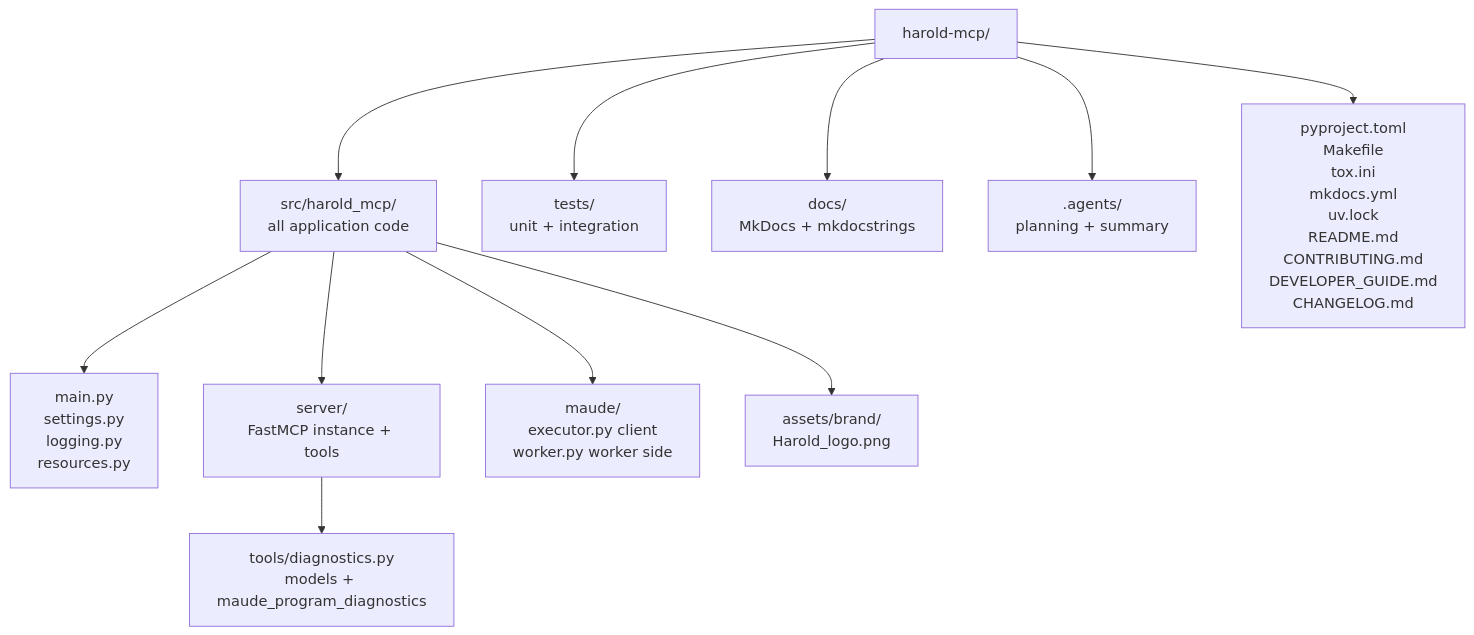
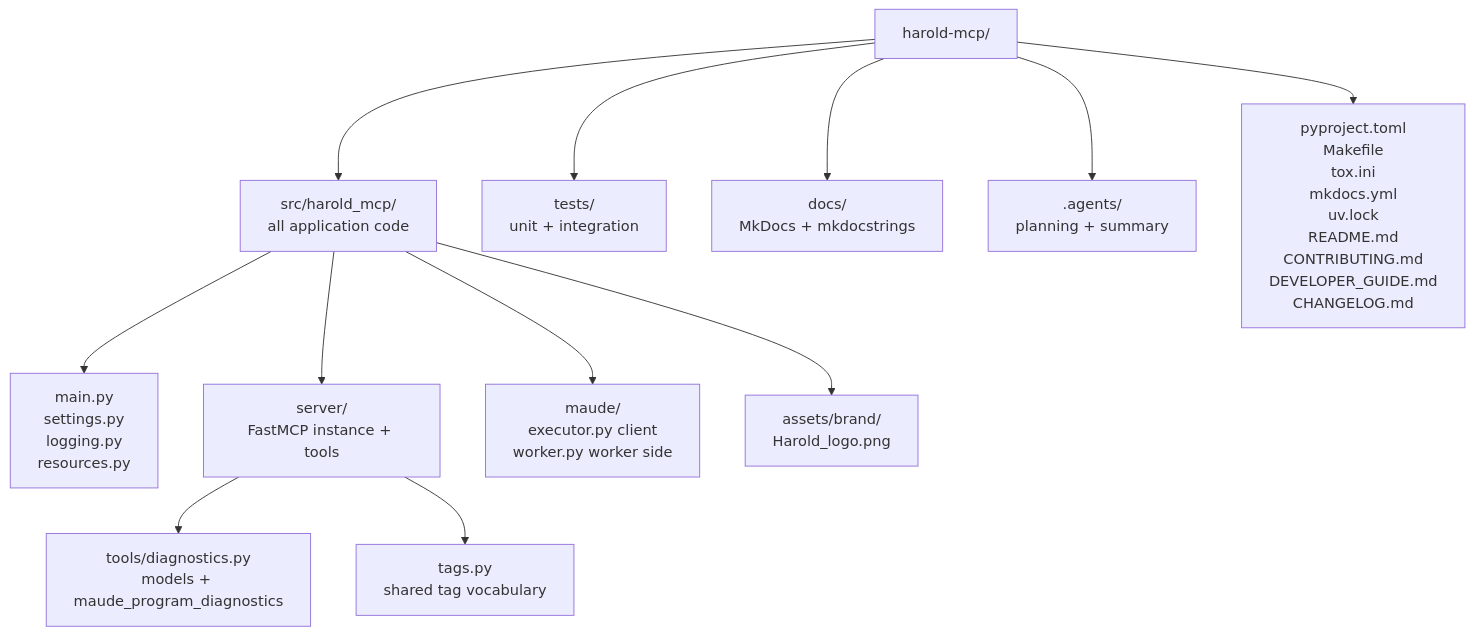
The diagram in harold-mcp/AGENTS.md (demiourgoi/Harold), drawn with Mermaid before and after one commit. The commit also changed other lines of this file and 7 other files, not shown here.

````diff
--- a/harold-mcp/AGENTS.md
+++ b/harold-mcp/AGENTS.md
@@ -39,13 +39,14 @@
 ```mermaid
 graph TB
     R[harold-mcp/] --> S[src/harold_mcp/<br>all application code]
     R --> T[tests/<br>unit + integration]
     R --> D[docs/<br>MkDocs + mkdocstrings]
     R --> A2[.agents/<br>planning + summary]
     S --> F[main.py<br>settings.py<br>logging.py<br>resources.py]
     S --> SRV[server/<br>FastMCP instance + tools]
     SRV --> TO[tools/diagnostics.py<br>models + maude_program_diagnostics]
+    SRV --> TG[tags.py<br>shared tag vocabulary]
     S --> MD[maude/<br>executor.py client<br>worker.py worker side]
     S --> A[assets/brand/<br>Harold_logo.png]
     R --> C[pyproject.toml<br>Makefile<br>tox.ini<br>mkdocs.yml<br>uv.lock<br>README.md<br>CONTRIBUTING.md<br>DEVELOPER_GUIDE.md<br>CHANGELOG.md]
 ```
````
